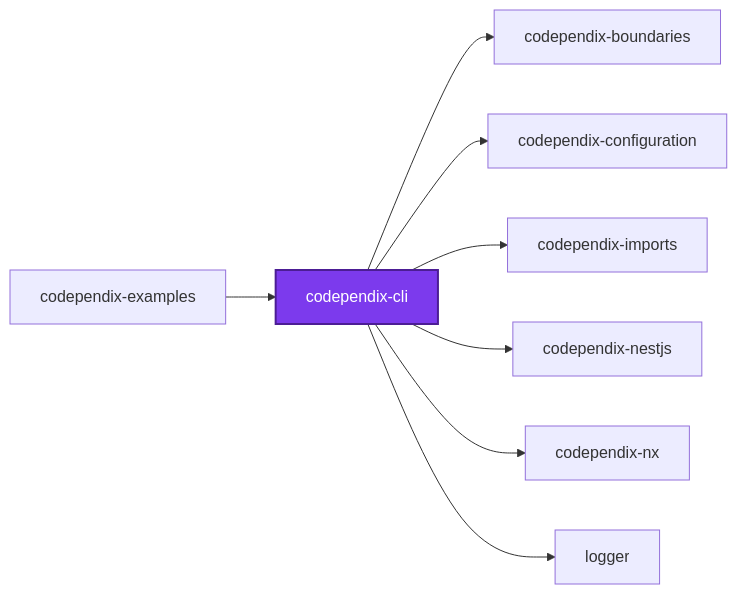
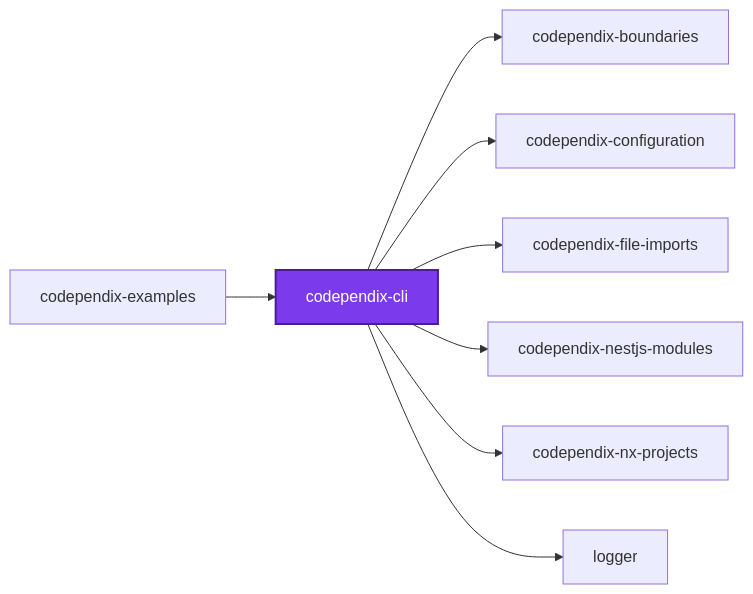
Before and after one commit to JimmyPaolini/codebase: the first of 3 diagrams in packages/codependix-cli/README.md, drawn with Mermaid. The commit also changed other lines of this file and 13 other files, not shown here.

````diff
--- a/packages/codependix-cli/README.md
+++ b/packages/codependix-cli/README.md
@@ -143,20 +143,20 @@
 ```mermaid
 graph LR
   codependix_boundaries["codependix-boundaries"]
   codependix_cli["codependix-cli"]
   codependix_configuration["codependix-configuration"]
   codependix_examples["codependix-examples"]
-  codependix_imports["codependix-imports"]
-  codependix_nestjs["codependix-nestjs"]
-  codependix_nx["codependix-nx"]
+  codependix_file_imports["codependix-file-imports"]
+  codependix_nestjs_modules["codependix-nestjs-modules"]
+  codependix_nx_projects["codependix-nx-projects"]
   logger["logger"]
   codependix_cli --> codependix_boundaries
   codependix_cli --> codependix_configuration
-  codependix_cli --> codependix_imports
-  codependix_cli --> codependix_nestjs
-  codependix_cli --> codependix_nx
+  codependix_cli --> codependix_file_imports
+  codependix_cli --> codependix_nestjs_modules
+  codependix_cli --> codependix_nx_projects
   codependix_cli --> logger
   codependix_examples --> codependix_cli
   classDef subject fill:#7c3aed,color:#fff,stroke:#4c1d95,stroke-width:2px
   class codependix_cli subject
 ```
````
